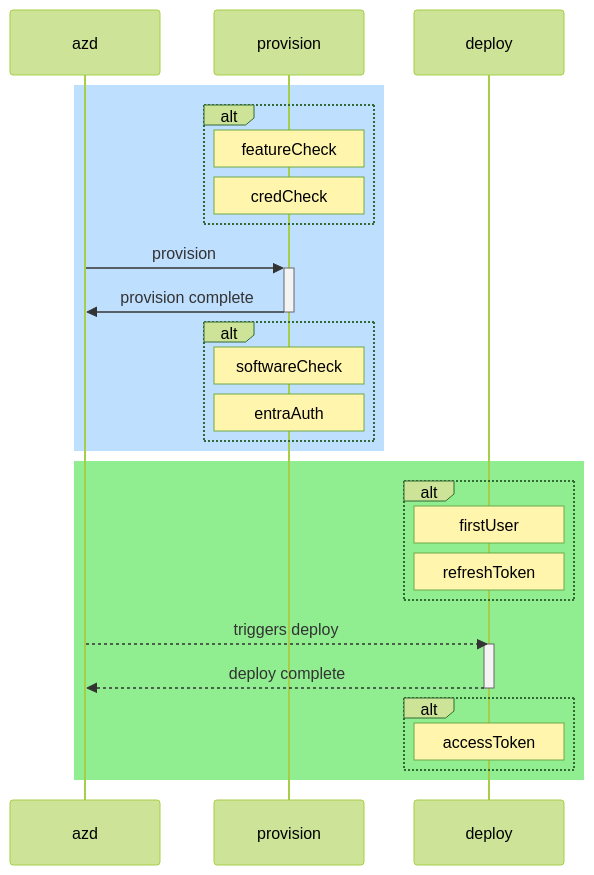
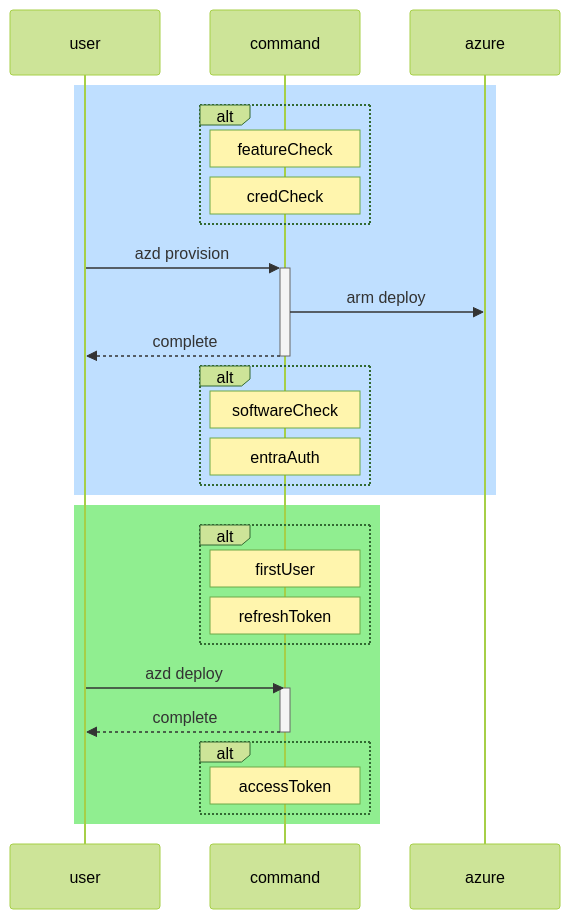
Before and after one commit to Azure/osdu-developer: the diagram in README.md, drawn with Mermaid (forest theme). The commit also changed 1 other file, not shown here.

Commit message:
Added comments for markdown.

````diff
--- a/README.md
+++ b/README.md
@@ -232,34 +232,36 @@
-```mermaid
+```mermaid 
 sequenceDiagram
-    participant Azd as azd
-    participant Provision as provision
-    participant Deploy as deploy
+    participant Azd as user
+    participant Provision as command
+    participant Azure as azure
+
 
     rect rgb(191, 223, 255)
     alt 
     Note over Provision: featureCheck
     Note over Provision: credCheck
     end
-    Azd->>+Provision: provision  
-    Provision->>-Azd: provision complete
+    Azd->>+Provision: azd provision 
+    Provision->>Azure: arm deploy
+    Provision-->>-Azd: complete
     alt 
     Note over Provision: softwareCheck
     Note over Provision: entraAuth
     end
     end
     
     rect rgb(144,238,144)
     alt 
-    Note over Deploy: firstUser
-    Note over Deploy: refreshToken
+    Note over Provision: firstUser
+    Note over Provision: refreshToken
     end
-    Azd-->>Deploy: triggers deploy
-    activate Deploy
-    Deploy-->>Azd: deploy complete
-    deactivate Deploy
+    Azd->>Provision: azd deploy
+    activate Provision
+    Provision-->>Azd: complete
+    deactivate Provision
     alt 
 
-    Note over Deploy: accessToken
+    Note over Provision: accessToken
     end
     end
 ```
````
